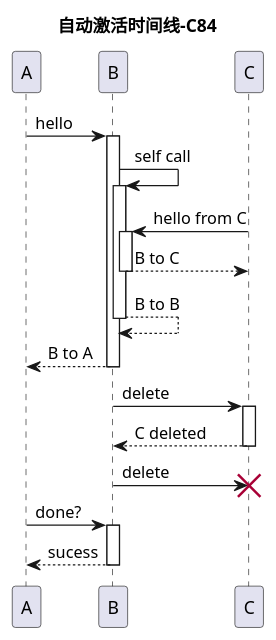
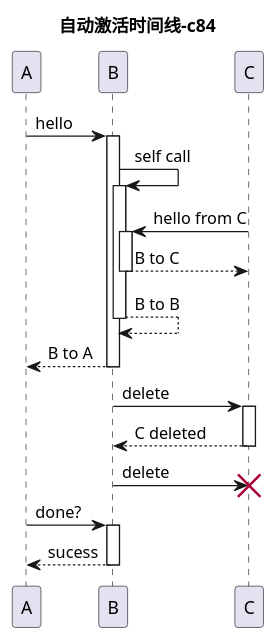
Before and after one commit to securitgithub/plantumlforvscode: the fourth of 4 diagrams in examples/09_order_charts.puml, drawn with PlantUML. The commit also changed other lines of this file and 43 other files, not shown here.

```diff
--- a/examples/09_order_charts.puml
+++ b/examples/09_order_charts.puml
@@ -126,18 +126,18 @@
 @startuml
-title 自动激活时间线-C84
+title 自动激活时间线-c84
 
 autoactivate on
 A -> B : hello
 B -> B : self call
 B <- C : hello from C
 return B to C
 return B to B
 return B to A
 
 C <- B  : delete
 return C deleted
 B -> C !! :delete
 A -> B : done?
 return sucess
 
 @enduml
```
